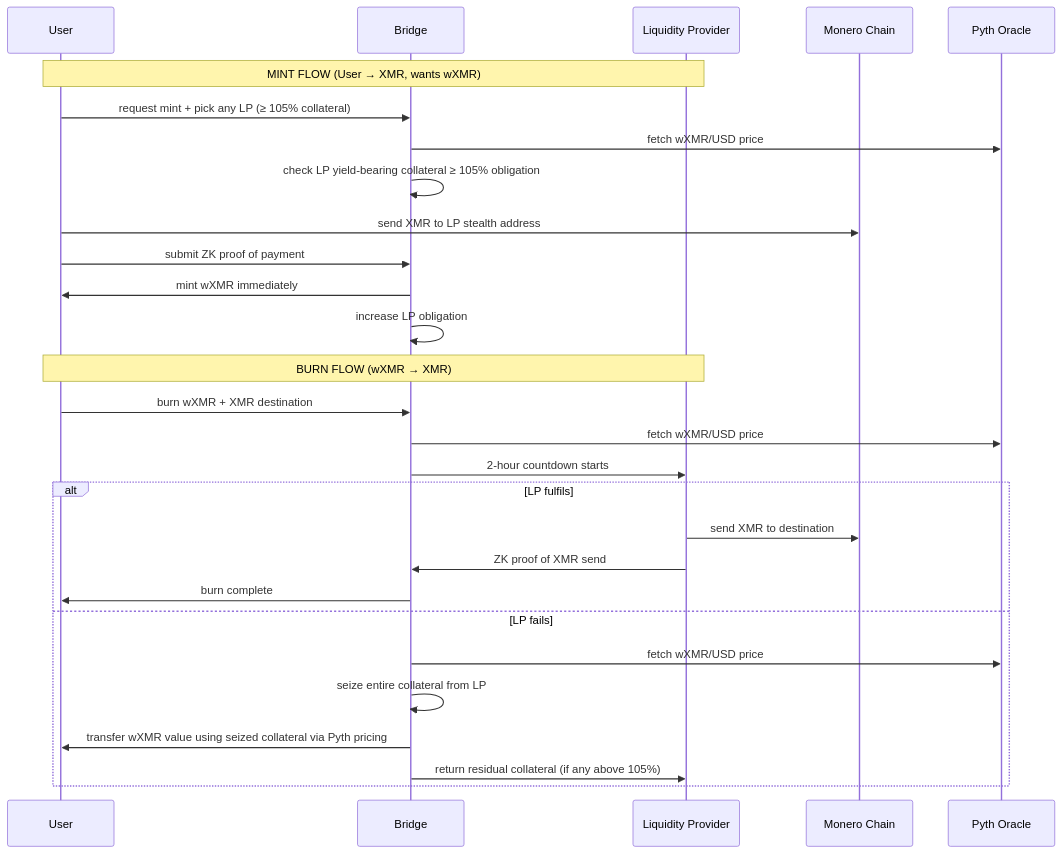
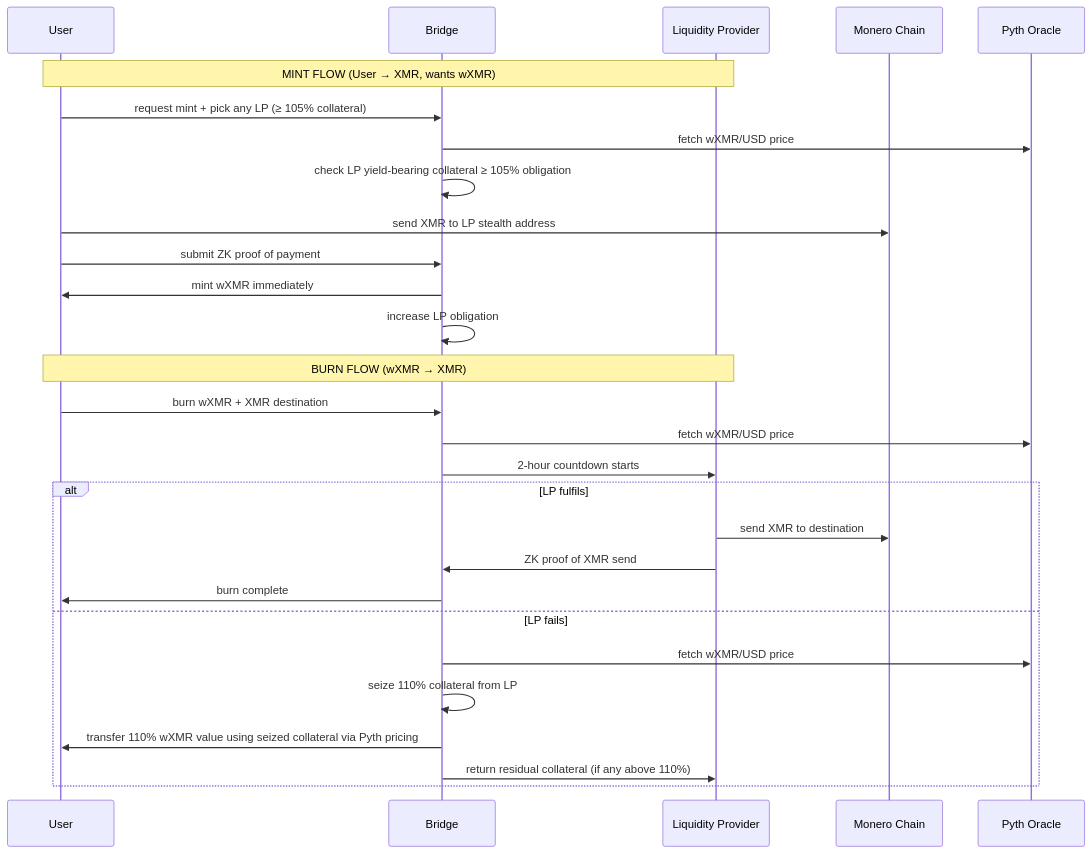
The diagram in SYNTHWRAP.md (madschristensen99/fungerbil), drawn with Mermaid before and after one commit. The commit also changed other lines of this file and 1 other file, not shown here.

First line of the commit message:
Fix Pyth references and clarify 110% mechanics

````diff
--- a/SYNTHWRAP.md
+++ b/SYNTHWRAP.md
@@ -59,32 +62,32 @@
 ```mermaid
 sequenceDiagram
   participant U as User
   participant B as Bridge
   participant L as Liquidity Provider
   participant X as Monero Chain
   participant P as Pyth Oracle
 
   Note over U,L: MINT FLOW (User → XMR, wants wXMR)
   U->>B: request mint + pick any LP (≥ 105% collateral)
   B->>P: fetch wXMR/USD price
   B->>B: check LP yield-bearing collateral ≥ 105% obligation
   U->>X: send XMR to LP stealth address
   U->>B: submit ZK proof of payment
   B->>U: mint wXMR immediately
   B->>B: increase LP obligation
 
   Note over U,L: BURN FLOW (wXMR → XMR)
   U->>B: burn wXMR + XMR destination
   B->>P: fetch wXMR/USD price
   B->>L: 2-hour countdown starts
   alt LP fulfils
     L->>X: send XMR to destination
     L->>B: ZK proof of XMR send
     B->>U: burn complete
   else LP fails
     B->>P: fetch wXMR/USD price
-    B->>B: seize entire collateral from LP
-    B->>U: transfer wXMR value using seized collateral via Pyth pricing
-    B->>L: return residual collateral (if any above 105%)
+    B->>B: seize 110% collateral from LP
+    B->>U: transfer 110% wXMR value using seized collateral via Pyth pricing
+    B->>L: return residual collateral (if any above 110%)
   end
 ```
````
